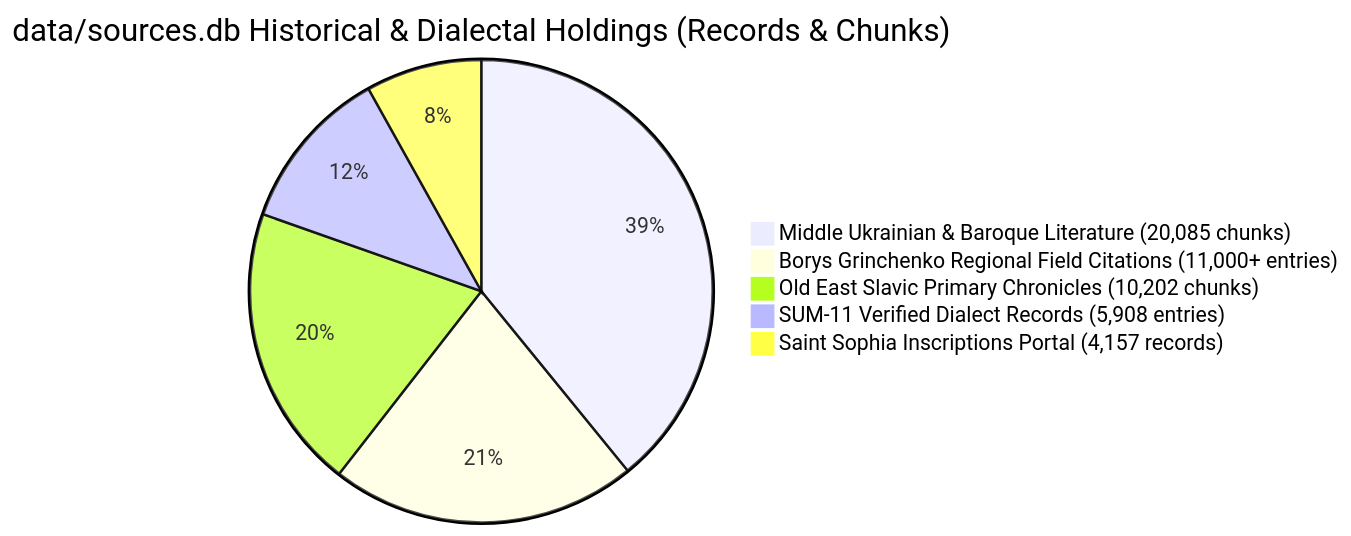
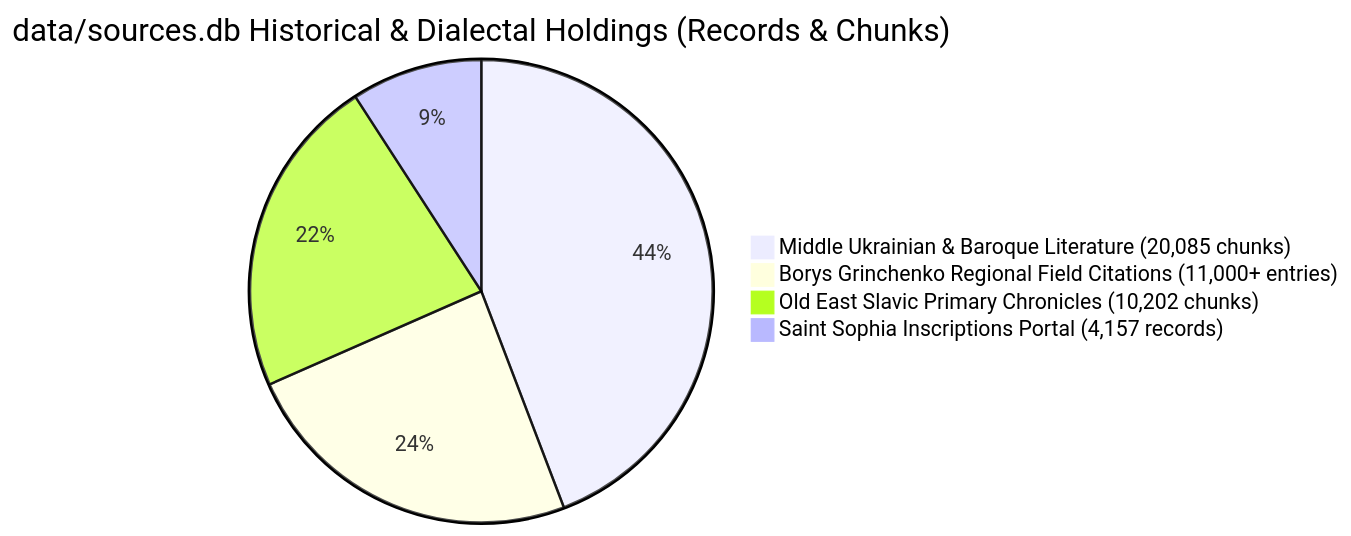
One commit to learn-ukrainian/learn-ukrainian.github.io changed the first of 2 diagrams in docs/research/UKRAINIAN_HISTORICAL_DIGLOSSIA_AND_CHURCH_SLAVONIC_MODEL.md. Above: the diagram before and after it, drawn with Mermaid. The commit also changed other lines of this file and 2 other files, not shown here.

First line of the commit message:
docs(open-model-data): purge SUM-11 from positive dialect holdings and narrow epigraphic claims

````diff
--- a/docs/research/UKRAINIAN_HISTORICAL_DIGLOSSIA_AND_CHURCH_SLAVONIC_MODEL.md
+++ b/docs/research/UKRAINIAN_HISTORICAL_DIGLOSSIA_AND_CHURCH_SLAVONIC_MODEL.md
@@ -74,8 +74,7 @@
 ```mermaid
 pie title data/sources.db Historical & Dialectal Holdings (Records & Chunks)
     "Middle Ukrainian & Baroque Literature (20,085 chunks)" : 20085
     "Borys Grinchenko Regional Field Citations (11,000+ entries)" : 11000
     "Old East Slavic Primary Chronicles (10,202 chunks)" : 10202
-    "SUM-11 Verified Dialect Records (5,908 entries)" : 5908
     "Saint Sophia Inscriptions Portal (4,157 records)" : 4157
 ```
````
